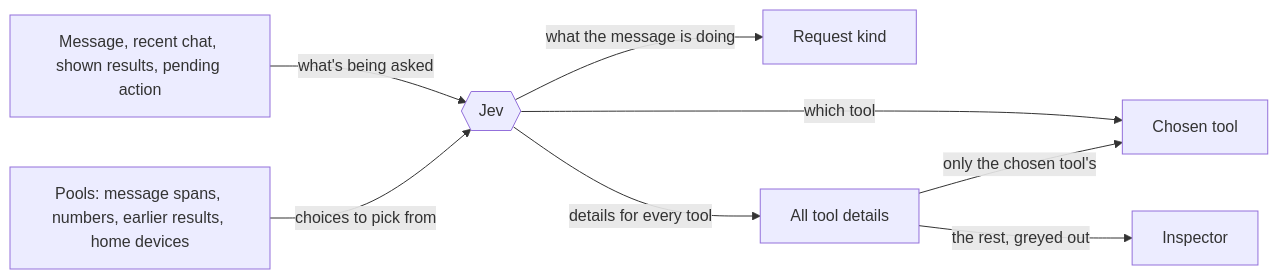
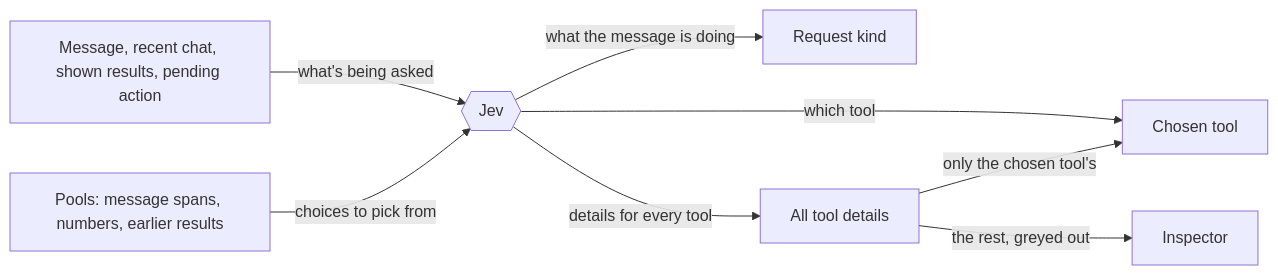
The fifth of 6 diagrams in README.md (juziyt/sra-jev-chat), drawn with Mermaid before and after one commit. The commit also changed other lines of this file and 87 other files, not shown here.

````diff
--- a/README.md
+++ b/README.md
@@ -281,10 +262,10 @@
 ```mermaid
 flowchart LR
   Msg[Message, recent chat, shown results, pending action] -->|what's being asked| Jev{{Jev}}
-  Options[Pools: message spans, numbers, earlier results, home devices] -->|choices to pick from| Jev
+  Options[Pools: message spans, numbers, earlier results] -->|choices to pick from| Jev
   Jev -->|what the message is doing| Kind[Request kind]
   Jev -->|which tool| Tool[Chosen tool]
   Jev -->|details for every tool| Details[All tool details]
   Details -->|only the chosen tool's| Tool
   Details -->|the rest, greyed out| Inspector[Inspector]
 ```
````
